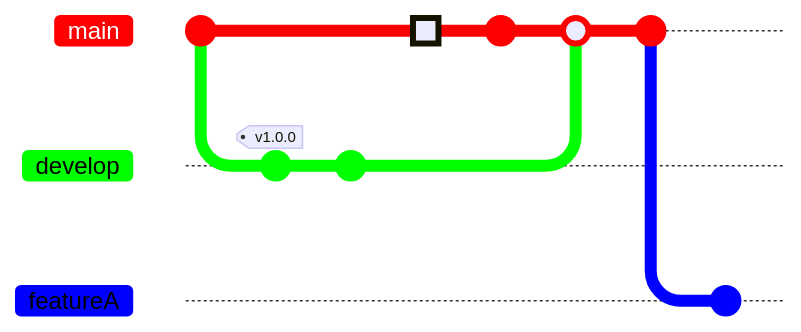
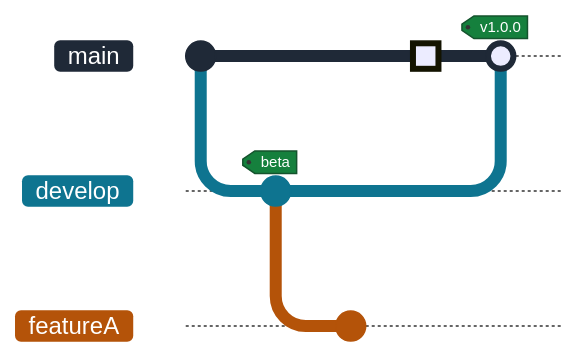
The sixth of 6 diagrams in skills/diagrammer/specs/mermaid/gitGraph.md (hgrabows/diagrammer-skills), drawn with Mermaid before and after one commit. The commit also changed other lines of this file and 127 other files, not shown here. Commit ids are hidden.

First line of the commit message:
feat: audit all specs, add example gallery, fix PlantUML and Gantt rendering

````diff
--- a/skills/diagrammer/specs/mermaid/gitGraph.md
+++ b/skills/diagrammer/specs/mermaid/gitGraph.md
@@ -100,23 +168,24 @@
 ```mermaid
 ---
 config:
-  theme: 'default'
   themeVariables:
-    git0: '#ff0000'
-    git1: '#00ff00'
-    git2: '#0000ff'
-    git3: '#ff00ff'
+    git0: '#1f2937'
+    git1: '#0e7490'
+    git2: '#b45309'
+    gitBranchLabel0: '#ffffff'
+    gitBranchLabel1: '#ffffff'
+    gitBranchLabel2: '#ffffff'
+    tagLabelColor: '#ffffff'
+    tagLabelBackground: '#15803d'
+    tagLabelBorder: '#14532d'
 ---
 gitGraph
-  commit
-  branch develop
-  commit tag:"v1.0.0"
-  commit
-  checkout main
-  commit type: HIGHLIGHT
-  commit
-  merge develop
-  commit
-  branch featureA
-  commit
+   commit id: "init"
+   branch develop
+   commit id: "feature" tag: "beta"
+   branch featureA
+   commit id: "spike"
+   checkout main
+   commit id: "fix" type: HIGHLIGHT
+   merge develop tag: "v1.0.0"
 ```
````
